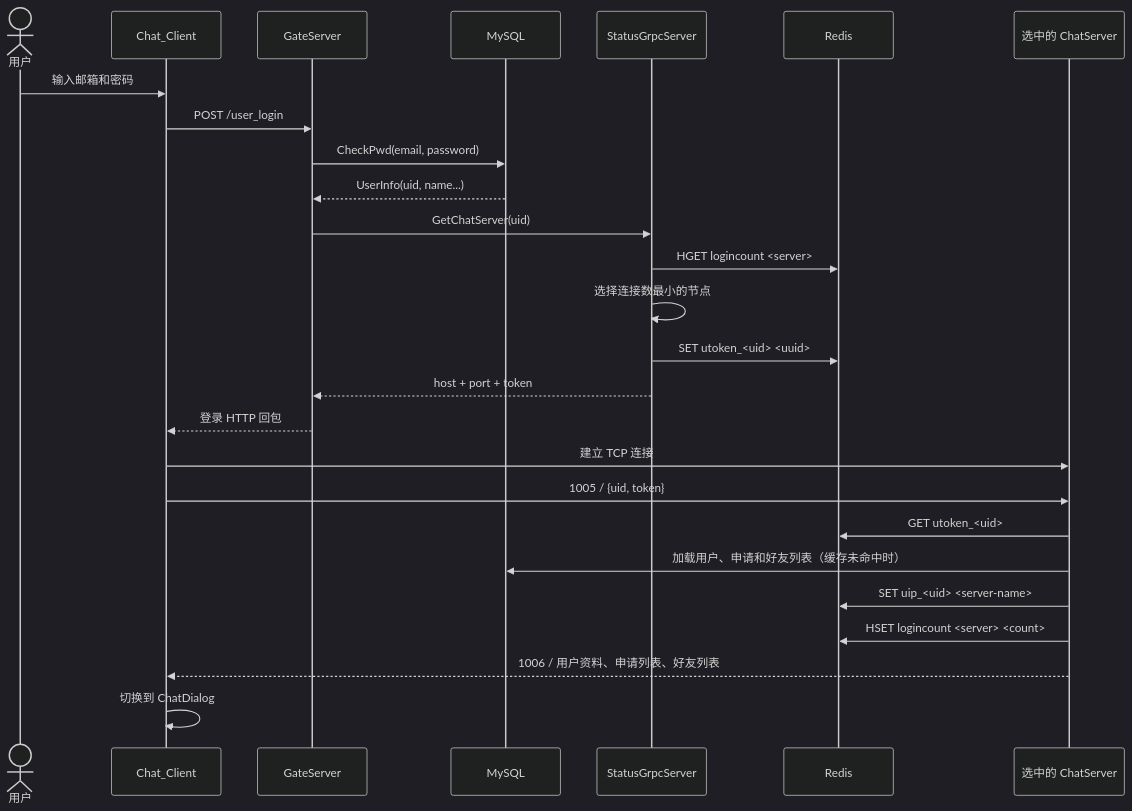
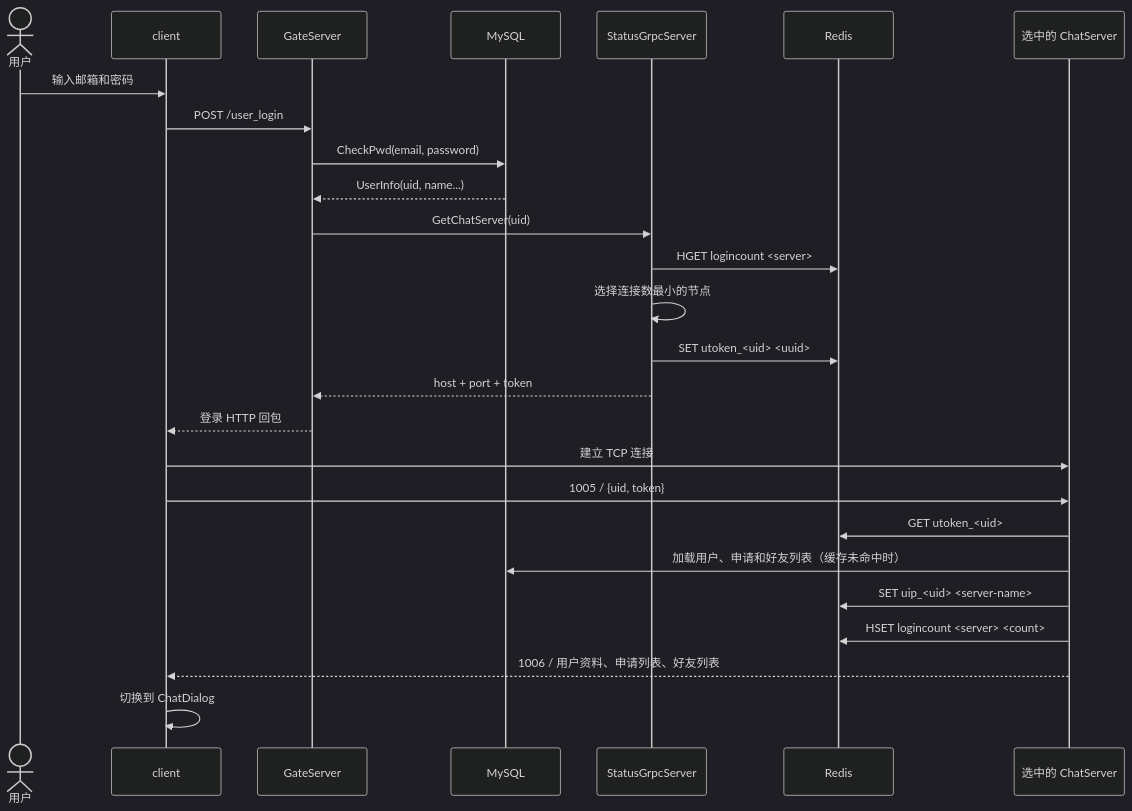
The third of 5 diagrams in CODEGRAPH.md (which-W/distributed-chat-system), drawn with Mermaid (dark theme) before and after one commit. The commit also changed other lines of this file and 168 other files, not shown here.

````diff
--- a/CODEGRAPH.md
+++ b/CODEGRAPH.md
@@ -125,29 +125,29 @@
 ```mermaid
 sequenceDiagram
     actor U as 用户
-    participant C as Chat_Client
+    participant C as client
     participant G as GateServer
     participant DB as MySQL
     participant S as StatusGrpcServer
     participant R as Redis
     participant CS as 选中的 ChatServer
 
     U->>C: 输入邮箱和密码
     C->>G: POST /user_login
     G->>DB: CheckPwd(email, password)
     DB-->>G: UserInfo(uid, name...)
     G->>S: GetChatServer(uid)
     S->>R: HGET logincount <server>
     S->>S: 选择连接数最小的节点
     S->>R: SET utoken_<uid> <uuid>
     S-->>G: host + port + token
     G-->>C: 登录 HTTP 回包
     C->>CS: 建立 TCP 连接
     C->>CS: 1005 / {uid, token}
     CS->>R: GET utoken_<uid>
     CS->>DB: 加载用户、申请和好友列表（缓存未命中时）
     CS->>R: SET uip_<uid> <server-name>
     CS->>R: HSET logincount <server> <count>
     CS-->>C: 1006 / 用户资料、申请列表、好友列表
     C->>C: 切换到 ChatDialog
 ```
````
